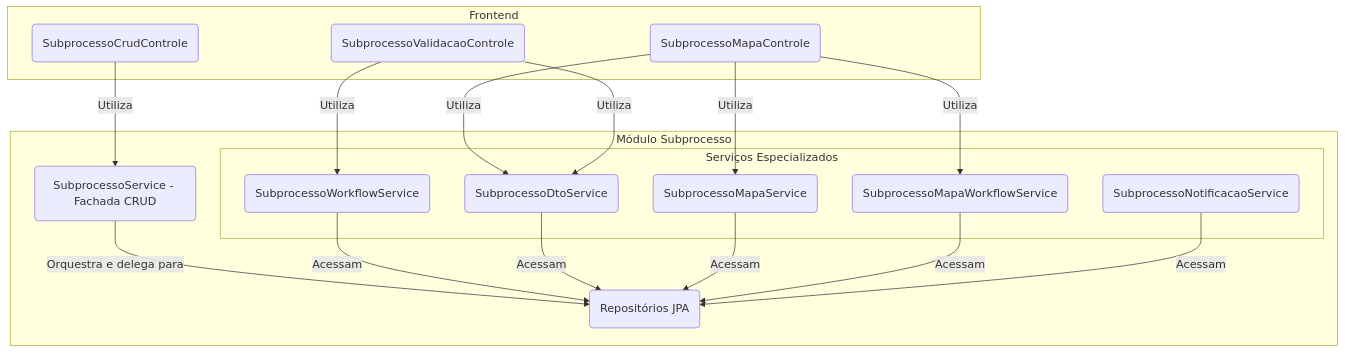
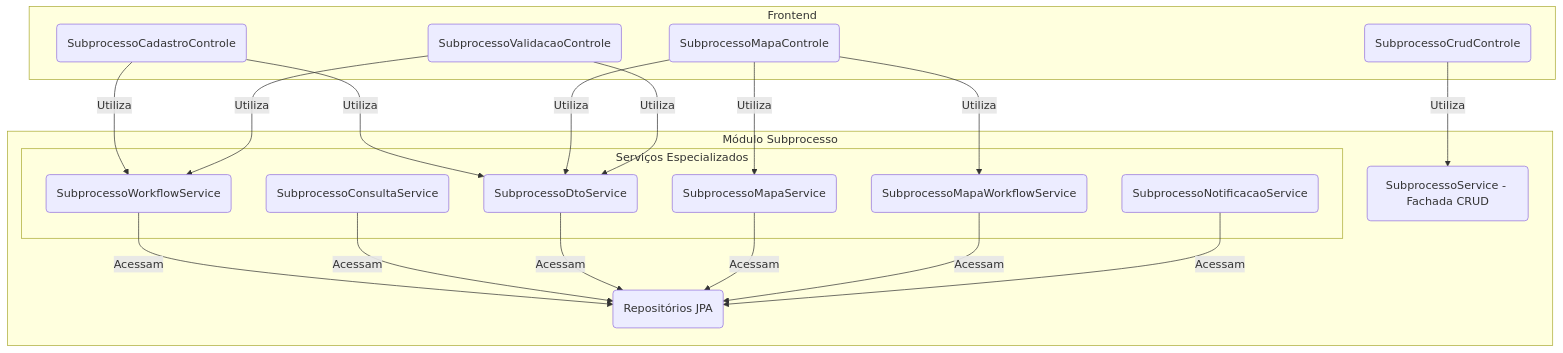
One commit to lgalvao/sgc changed the first of 2 diagrams in backend/src/main/java/sgc/subprocesso/README.md. Above: the diagram before and after it, drawn with Mermaid. The commit also changed other lines of this file and 9 other files, not shown here.

````diff
--- a/backend/src/main/java/sgc/subprocesso/README.md
+++ b/backend/src/main/java/sgc/subprocesso/README.md
@@ -13,29 +13,31 @@
 ```mermaid
 graph TD
     subgraph "Frontend"
         ControleCrud(SubprocessoCrudControle)
+        ControleCadastro(SubprocessoCadastroControle)
         ControleMapa(SubprocessoMapaControle)
         ControleValidacao(SubprocessoValidacaoControle)
     end
 
     subgraph "Módulo Subprocesso"
         Facade(SubprocessoService - Fachada CRUD)
 
         subgraph "Serviços Especializados"
             Workflow(SubprocessoWorkflowService)
+            Consulta(SubprocessoConsultaService)
             DtoBuilder(SubprocessoDtoService)
             Mapa(SubprocessoMapaService)
             MapaWorkflow(SubprocessoMapaWorkflowService)
             Notificacao(SubprocessoNotificacaoService)
         end
 
         Repos(Repositórios JPA)
     end
 
     ControleCrud -- Utiliza --> Facade
+    ControleCadastro -- Utiliza --> Workflow & DtoBuilder
     ControleMapa -- Utiliza --> MapaWorkflow & Mapa & DtoBuilder
     ControleValidacao -- Utiliza --> Workflow & DtoBuilder
 
-    Facade -- Orquestra e delega para --> Repos
-    Workflow & DtoBuilder & Mapa & MapaWorkflow & Notificacao -- Acessam --> Repos
+    Workflow & Consulta & DtoBuilder & Mapa & MapaWorkflow & Notificacao -- Acessam --> Repos
 ```
````
